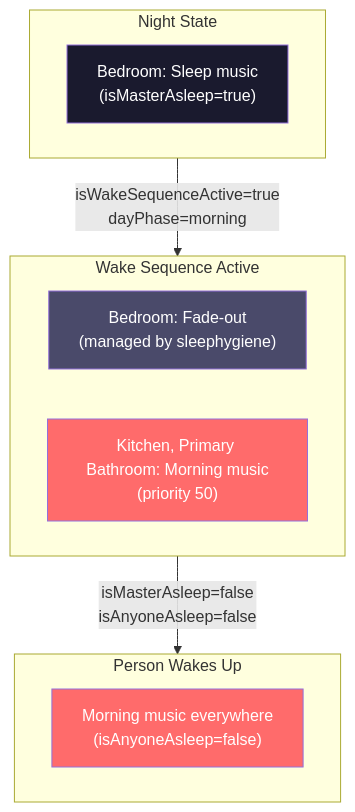
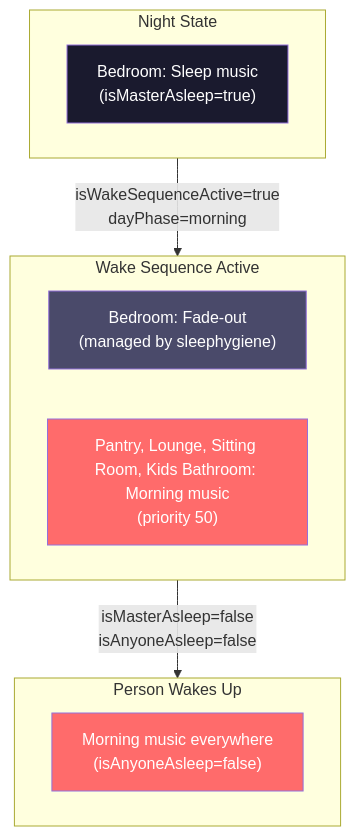
Before and after one commit to NickBorgers/home-automation: the seventh of 7 diagrams in docs/flows/DAY_PHASE_MODES.md, drawn with Mermaid. The commit also changed other lines of this file and 6 other files, not shown here.

````diff
--- a/docs/flows/DAY_PHASE_MODES.md
+++ b/docs/flows/DAY_PHASE_MODES.md
@@ -307,23 +307,23 @@
 ```mermaid
 flowchart TB
     subgraph Initial["Night State"]
         sleepBed["Bedroom: Sleep music<br/>(isMasterAsleep=true)"]
     end
 
     subgraph WakeSequence["Wake Sequence Active"]
         fadeBed["Bedroom: Fade-out<br/>(managed by sleephygiene)"]
-        morningRest["Kitchen, Primary Bathroom: Morning music<br/>(priority 50)"]
+        morningRest["Pantry, Lounge, Sitting Room, Kids Bathroom: Morning music<br/>(priority 50)"]
     end
 
     subgraph FullyAwake["Person Wakes Up"]
         morningAll["Morning music everywhere<br/>(isAnyoneAsleep=false)"]
     end
 
     Initial -->|"isWakeSequenceActive=true<br/>dayPhase=morning"| WakeSequence
     WakeSequence -->|"isMasterAsleep=false<br/>isAnyoneAsleep=false"| FullyAwake
 
     style sleepBed fill:#1a1a2e,color:#fff
     style fadeBed fill:#4a4a6a,color:#fff
     style morningRest fill:#ff6b6b,color:#fff
     style morningAll fill:#ff6b6b,color:#fff
 ```
````
